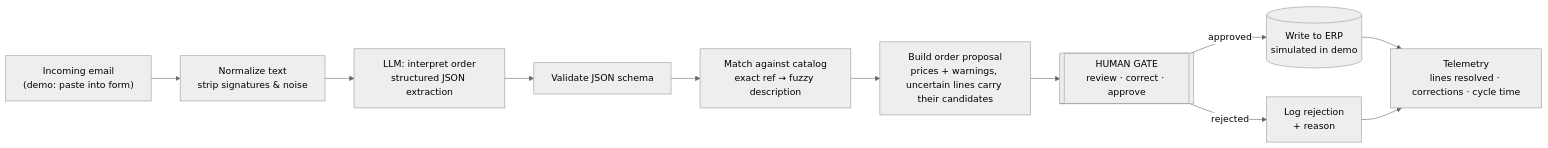
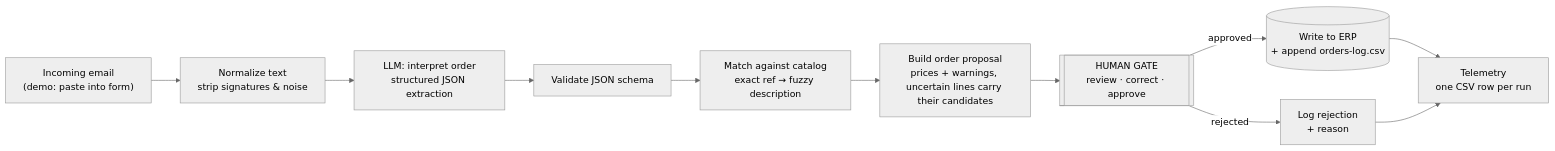
One commit to DavidGP-ADA/email-to-order-ai-demo changed the diagram in docs/architecture.md. Above: the diagram before and after it, drawn with Mermaid (neutral theme). The commit also changed other lines of this file and 7 other files, not shown here.

````diff
--- a/docs/architecture.md
+++ b/docs/architecture.md
@@ -3,13 +3,13 @@
 ```mermaid
 flowchart LR
     A["Incoming email<br/>(demo: paste into form)"] --> B["Normalize text<br/>strip signatures & noise"]
     B --> C["LLM: interpret order<br/>structured JSON extraction"]
     C --> D["Validate JSON schema"]
     D --> E["Match against catalog<br/>exact ref → fuzzy description"]
     E --> G["Build order proposal<br/>prices + warnings, uncertain lines carry their candidates"]
     G --> H[["HUMAN GATE<br/>review · correct · approve"]]
-    H -- approved --> I[("Write to ERP<br/>simulated in demo")]
+    H -- approved --> I[("Write to ERP<br/>+ append orders-log.csv")]
     H -- rejected --> J["Log rejection<br/>+ reason"]
-    I --> K["Telemetry<br/>lines resolved · corrections · cycle time"]
+    I --> K["Telemetry<br/>one CSV row per run"]
     J --> K
 ```
````
